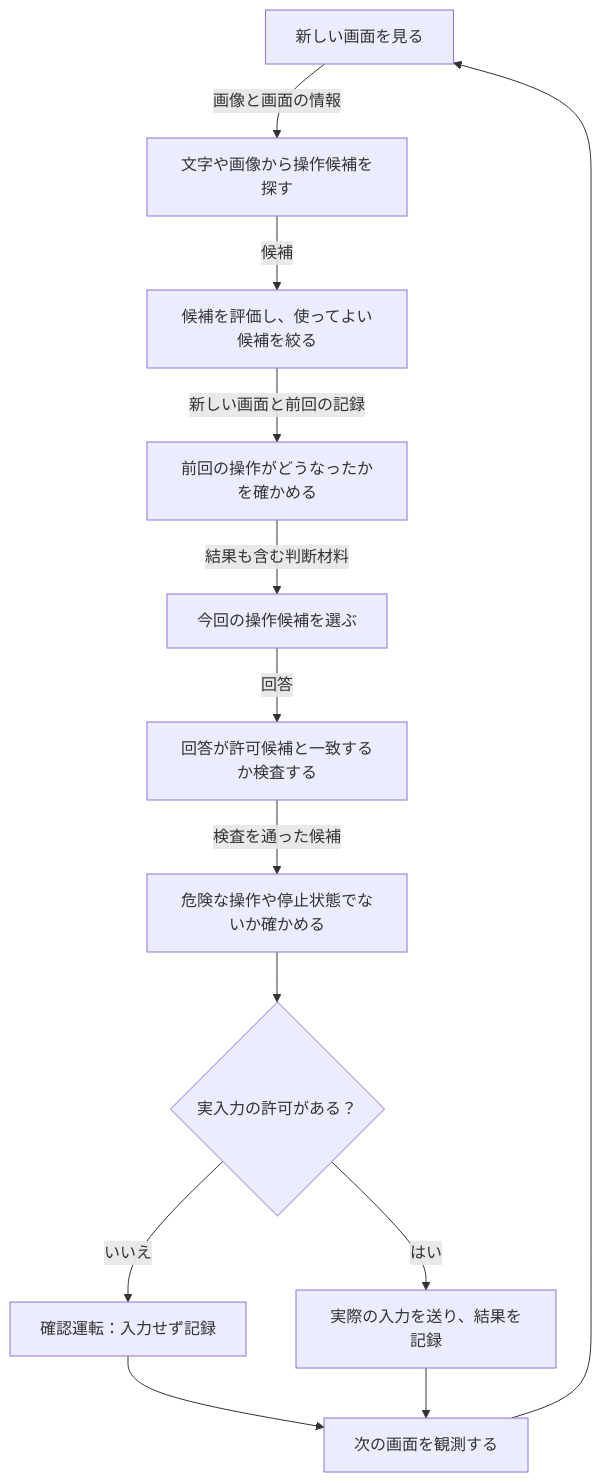
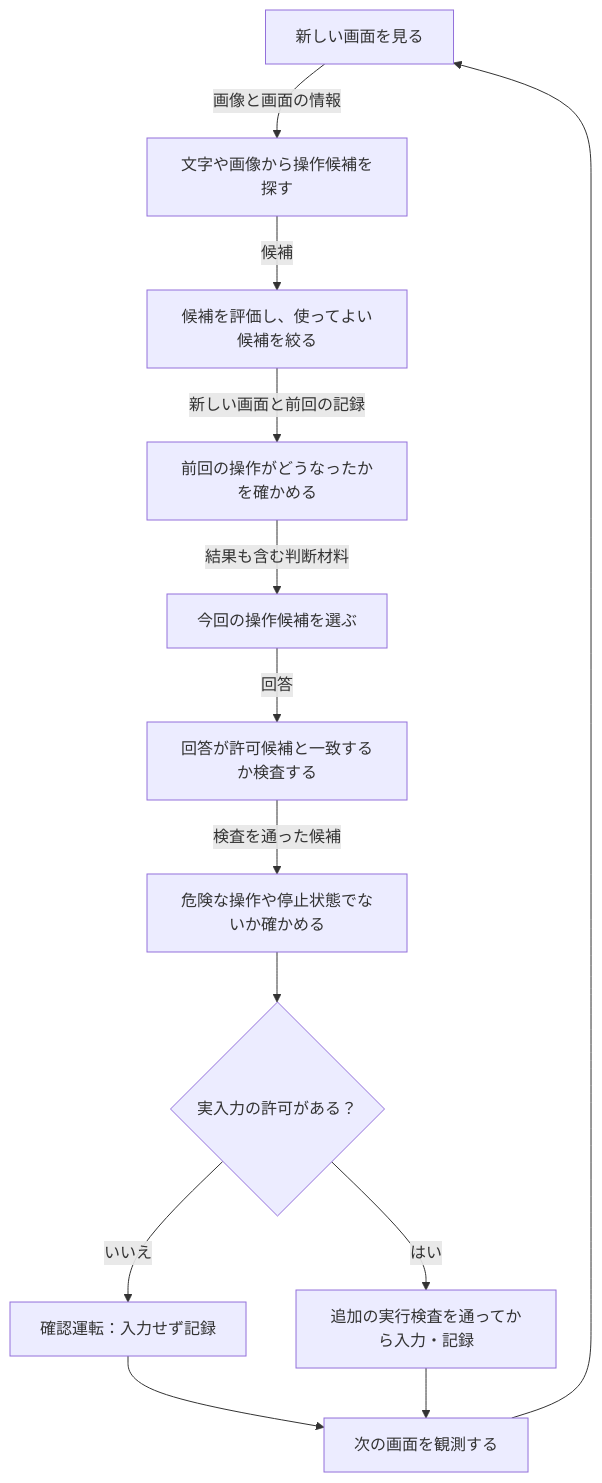
Before and after one commit to tomiya7688/AI_game_player: the first of 3 diagrams in doc/guide/README.md, drawn with Mermaid. The commit also changed other lines of this file, not shown here.

````diff
--- a/doc/guide/README.md
+++ b/doc/guide/README.md
@@ -15,15 +17,15 @@
 ```mermaid
 flowchart TD
     A["新しい画面を見る"] -->|画像と画面の情報| B["文字や画像から操作候補を探す"]
     B -->|候補| C["候補を評価し、使ってよい候補を絞る"]
     C -->|新しい画面と前回の記録| D["前回の操作がどうなったかを確かめる"]
     D -->|結果も含む判断材料| E["今回の操作候補を選ぶ"]
     E -->|回答| F["回答が許可候補と一致するか検査する"]
     F -->|検査を通った候補| G["危険な操作や停止状態でないか確かめる"]
     G --> H{"実入力の許可がある？"}
     H -->|いいえ| I["確認運転：入力せず記録"]
-    H -->|はい| J["実際の入力を送り、結果を記録"]
+    H -->|はい| J["追加の実行検査を通ってから入力・記録"]
     I --> K["次の画面を観測する"]
     J --> K
     K --> A
 ```
````
